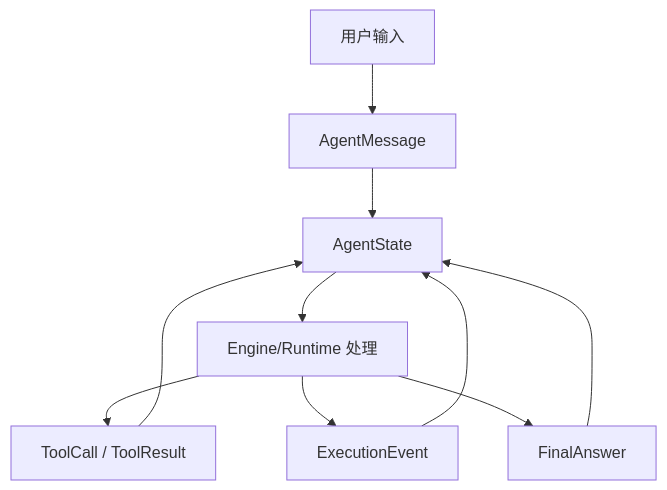
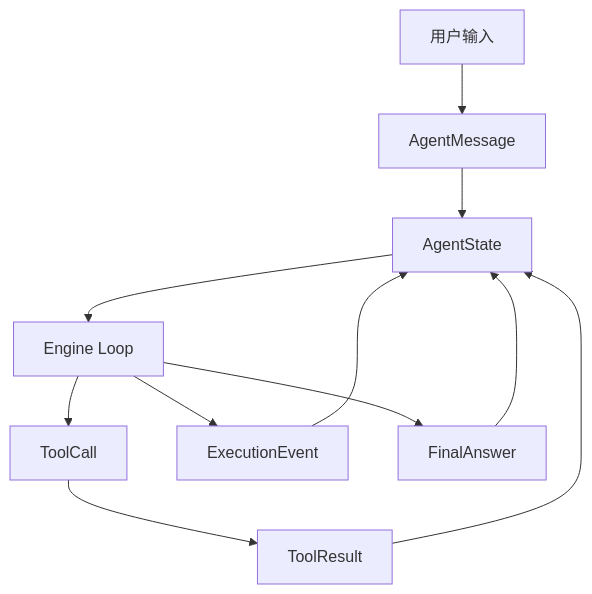
The diagram in docs/tutorials/02-从0到1工业级Agent框架打造-第二章-Protocol协议层-手把手实战.md (869413421/build_agent), drawn with Mermaid before and after one commit. The commit also changed other lines of this file and 9 other files, not shown here.

````diff
--- a/docs/tutorials/02-从0到1工业级Agent框架打造-第二章-Protocol协议层-手把手实战.md
+++ b/docs/tutorials/02-从0到1工业级Agent框架打造-第二章-Protocol协议层-手把手实战.md
@@ -41,12 +56,13 @@
 ```mermaid
 flowchart TD
   A[用户输入] --> B[AgentMessage]
   B --> C[AgentState]
-  C --> D[Engine/Runtime 处理]
-  D --> E[ToolCall / ToolResult]
-  D --> F[ExecutionEvent]
-  D --> G[FinalAnswer]
-  E --> C
+  C --> D[Engine Loop]
+  D --> E[ToolCall]
+  E --> F[ToolResult]
+  D --> G[ExecutionEvent]
+  D --> H[FinalAnswer]
   F --> C
   G --> C
+  H --> C
 ```
````
